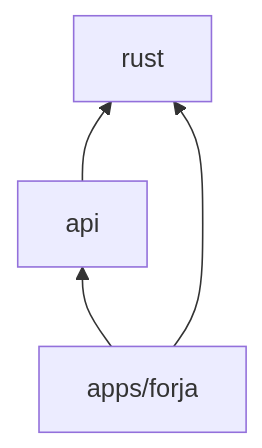
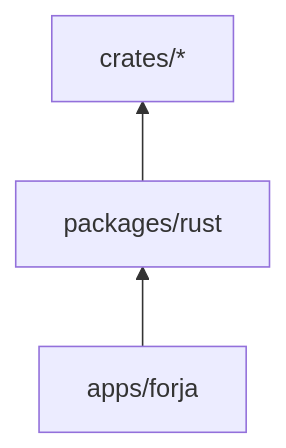
Before and after one commit to mGhassen/Forja: the seventh of 7 diagrams in docs/ARCHITECTURE.md, drawn with Mermaid. The commit also changed other lines of this file and 96 other files, not shown here.

````diff
--- a/docs/ARCHITECTURE.md
+++ b/docs/ARCHITECTURE.md
@@ -383,6 +379,6 @@
 ```mermaid
 flowchart BT
-  rust[rust]
-  api[api] --> rust
-  app["apps/forja"] --> api & rust
+  rust[packages/rust]
+  app["apps/forja"] --> rust
+  rust --> crates[crates/*]
 ```
````
